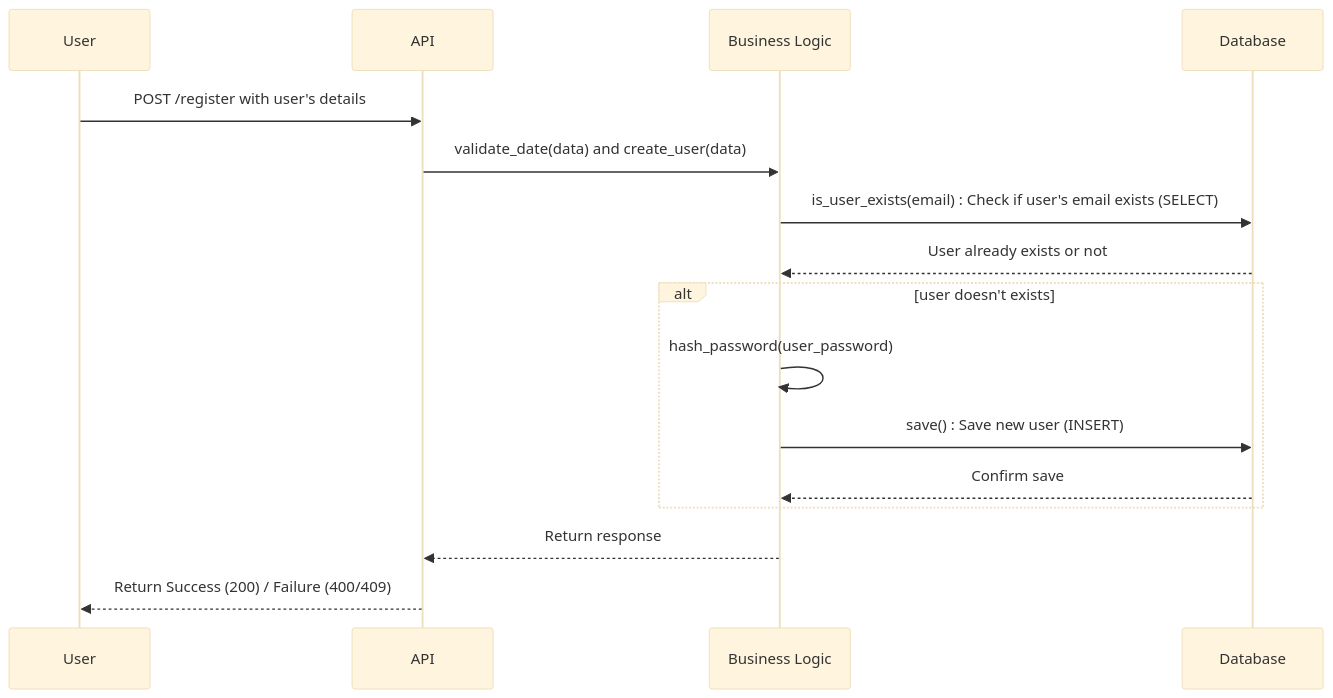
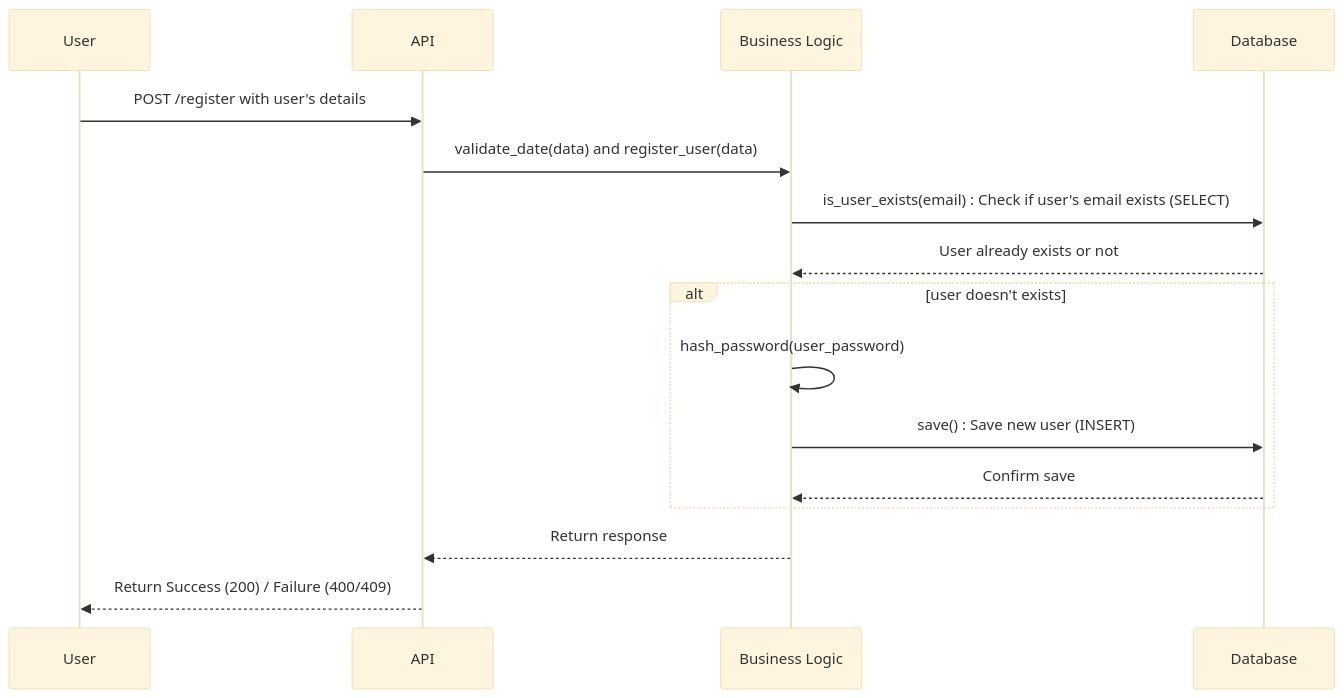
The diagram in part1/task2/userRegistration.mermaid (rmarcais/holbertonschool-hbnb), drawn with Mermaid (base theme) before and after one commit.

Commit message:
Update method name

```diff
--- a/part1/task2/userRegistration.mermaid
+++ b/part1/task2/userRegistration.mermaid
@@ -1,17 +1,17 @@
 sequenceDiagram
     participant User
     participant API
     participant Business Logic
     participant Database
 
     User ->> API: POST /register with user's details
-    API ->> Business Logic: validate_date(data) and create_user(data)
+    API ->> Business Logic: validate_date(data) and register_user(data)
     Business Logic ->> Database: is_user_exists(email) : Check if user's email exists (SELECT)
     Database -->> Business Logic: User already exists or not
     alt user doesn't exists
         Business Logic ->> Business Logic: hash_password(user_password)
         Business Logic ->> Database: save() : Save new user (INSERT)
         Database -->> Business Logic: Confirm save
     end
     Business Logic -->> API: Return response
     API -->> User: Return Success (200) / Failure (400/409)
```
